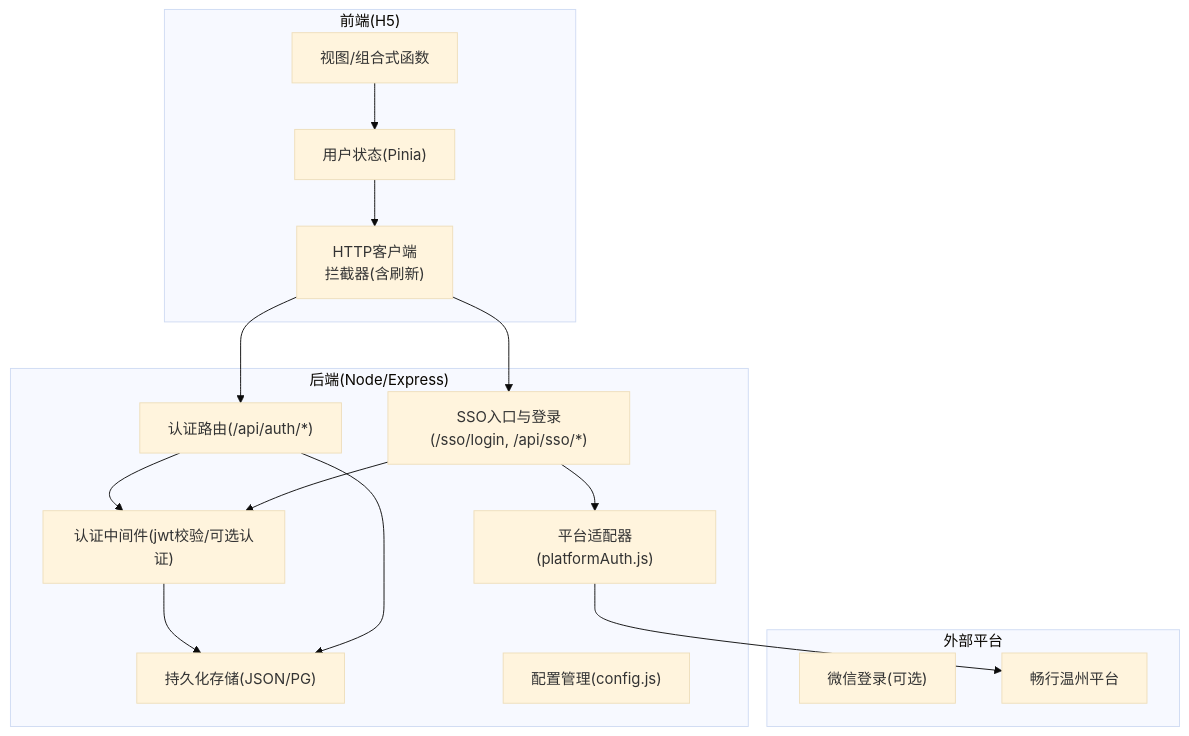
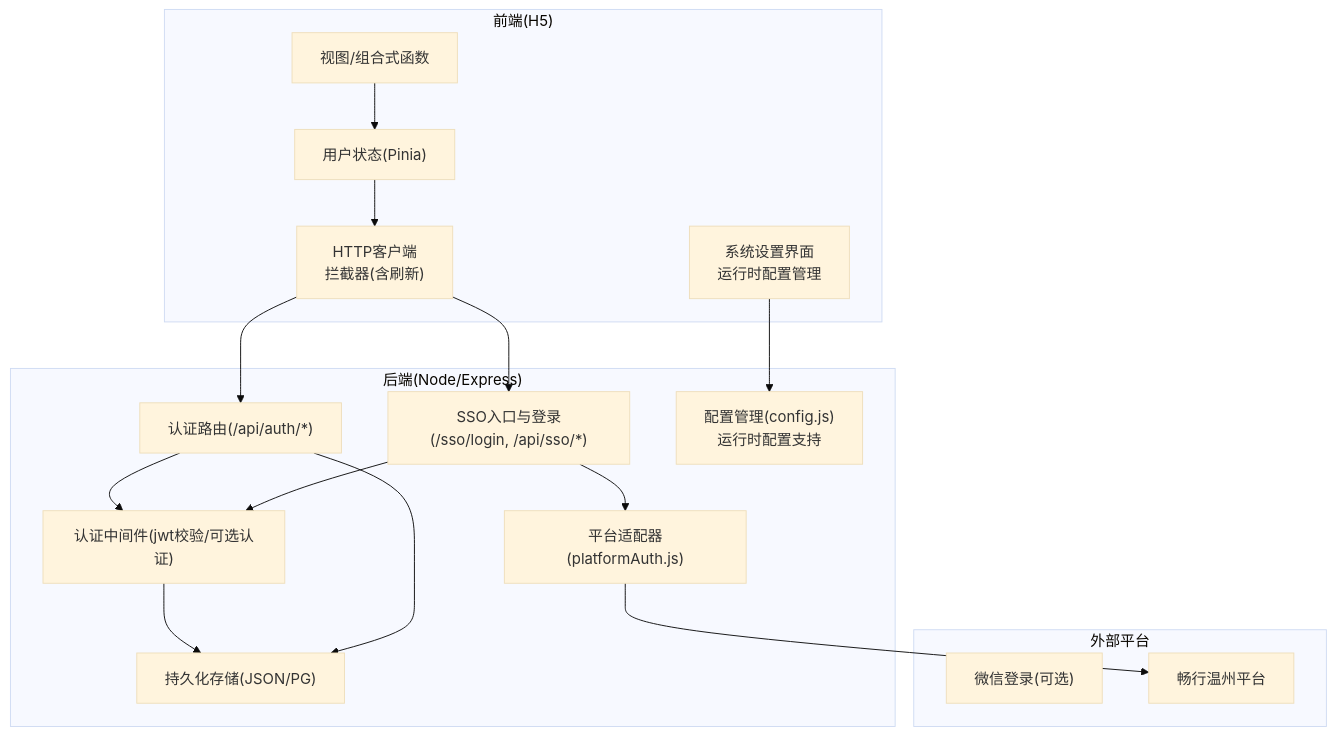
Before and after one commit to Giraffe-Han/microAPP: the first of 8 diagrams in .qoder/repowiki/zh/content/后端服务架构/认证与授权系统/单点登录(SSO)集成.md, drawn with Mermaid (base theme). The commit also changed other lines of this file and 14 other files, not shown here.

````diff
--- a/.qoder/repowiki/zh/content/后端服务架构/认证与授权系统/单点登录(SSO)集成.md
+++ b/.qoder/repowiki/zh/content/后端服务架构/认证与授权系统/单点登录(SSO)集成.md
@@ -36,30 +46,32 @@
 ```mermaid
 graph TB
 subgraph "前端(H5)"
 FE_HTTP["HTTP客户端<br/>拦截器(含刷新)"]
 FE_STORE["用户状态(Pinia)"]
 FE_VIEW["视图/组合式函数"]
+FE_SETTINGS["系统设置界面<br/>运行时配置管理"]
 end
 subgraph "后端(Node/Express)"
 ROUTES["认证路由(/api/auth/*)"]
 INDEX_SSO["SSO入口与登录(/sso/login, /api/sso/*)"]
 AUTH_MW["认证中间件(jwt校验/可选认证)"]
 STORAGE["持久化存储(JSON/PG)"]
-CONFIG["配置管理(config.js)"]
+CONFIG["配置管理(config.js)<br/>运行时配置支持"]
 PLATFORM["平台适配器(platformAuth.js)"]
 end
 subgraph "外部平台"
 WENXIN["微信登录(可选)"]
 CHANGXING["畅行温州平台"]
 end
 FE_HTTP --> ROUTES
 FE_HTTP --> INDEX_SSO
 ROUTES --> AUTH_MW
 INDEX_SSO --> AUTH_MW
 AUTH_MW --> STORAGE
 ROUTES --> STORAGE
 INDEX_SSO --> PLATFORM
 PLATFORM --> CHANGXING
 FE_STORE --> FE_HTTP
 FE_VIEW --> FE_STORE
+FE_SETTINGS --> CONFIG
 ```
````
